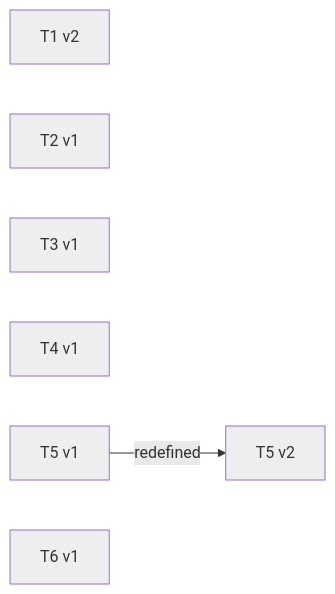
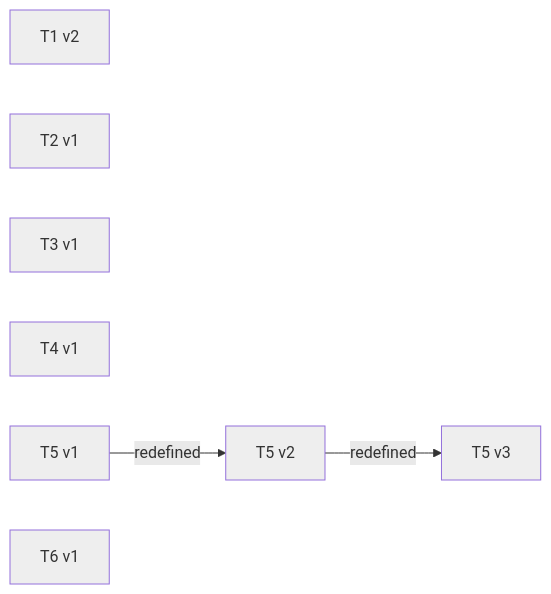
One commit to Curry09/AHE-Beta changed the eighth of 11 diagrams in docs/specs/OVERVIEW.md. Above: the diagram before and after it, drawn with Mermaid. The commit also changed 8 other files, not shown here.

````diff
--- a/docs/specs/OVERVIEW.md
+++ b/docs/specs/OVERVIEW.md
@@ -677,19 +677,22 @@
 ```mermaid
 graph LR
     v_T1_2["T1 v2"]
     v_T2_1["T2 v1"]
     v_T3_1["T3 v1"]
     v_T4_1["T4 v1"]
     v_T5_1["T5 v1"]
     v_T5_2["T5 v2"]
+    v_T5_3["T5 v3"]
     v_T5_1 -->|redefined| v_T5_2
+    v_T5_2 -->|redefined| v_T5_3
     v_T6_1["T6 v1"]
     classDef st_pending fill:#eeeeee;
     class v_T1_2 st_pending;
     class v_T2_1 st_pending;
     class v_T3_1 st_pending;
     class v_T4_1 st_pending;
     class v_T5_1 st_pending;
     class v_T5_2 st_pending;
+    class v_T5_3 st_pending;
     class v_T6_1 st_pending;
 ```
````
